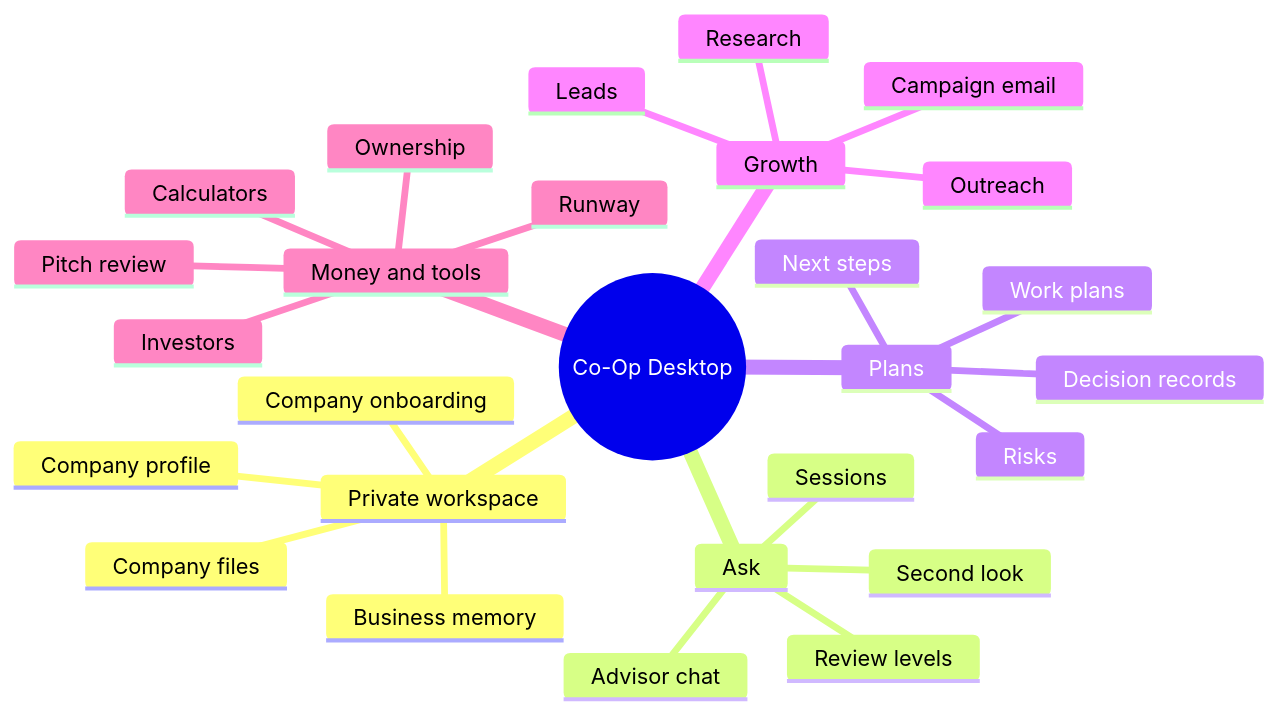
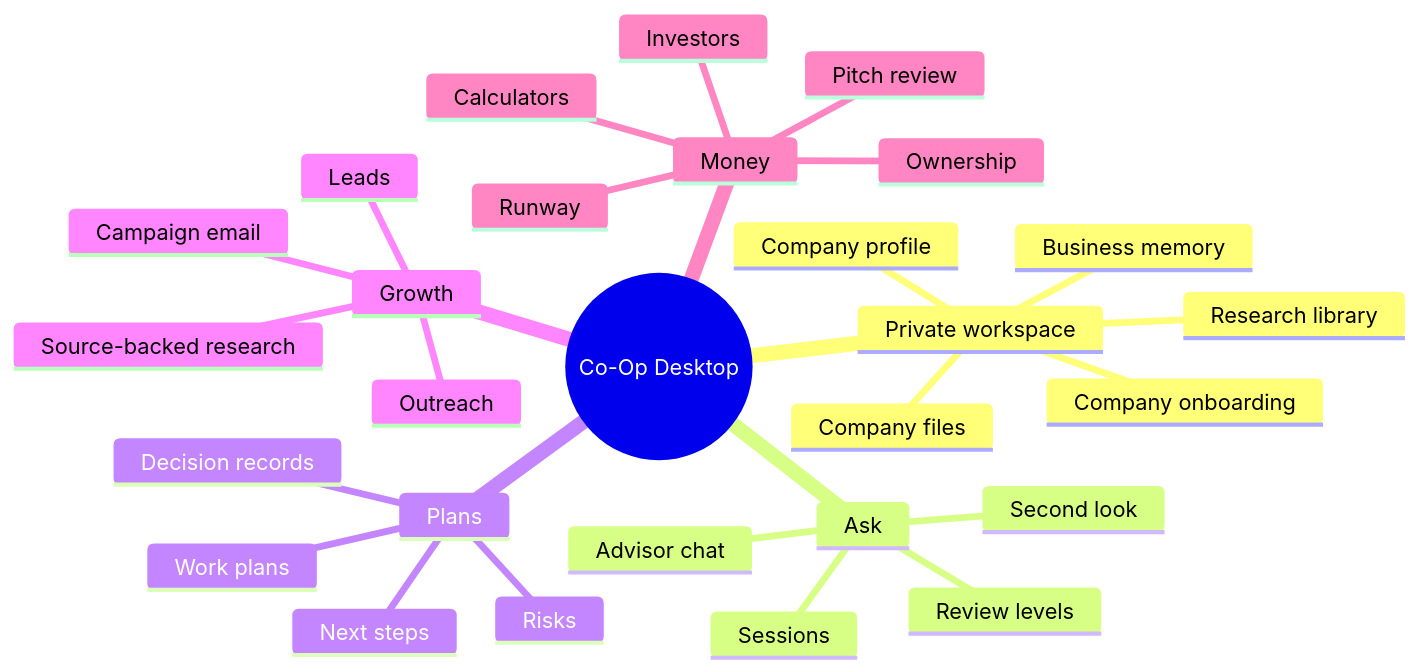
One commit to Afnanksalal/co-op changed the diagram in docs/FEATURE_RESTORATION_AUDIT.md. Above: the diagram before and after it, drawn with Mermaid. The commit also changed other lines of this file and 33 other files, not shown here.

````diff
--- a/docs/FEATURE_RESTORATION_AUDIT.md
+++ b/docs/FEATURE_RESTORATION_AUDIT.md
@@ -9,30 +9,31 @@
 ```mermaid
 mindmap
   root((Co-Op Desktop))
     Private workspace
       Company onboarding
       Company profile
       Business memory
       Company files
+      Research library
     Ask
       Advisor chat
       Sessions
       Second look
       Review levels
     Plans
       Work plans
       Decision records
       Risks
       Next steps
     Growth
-      Research
+      Source-backed research
       Leads
       Outreach
       Campaign email
-    Money and tools
+    Money
       Runway
       Pitch review
       Ownership
       Investors
       Calculators
 ```
````
